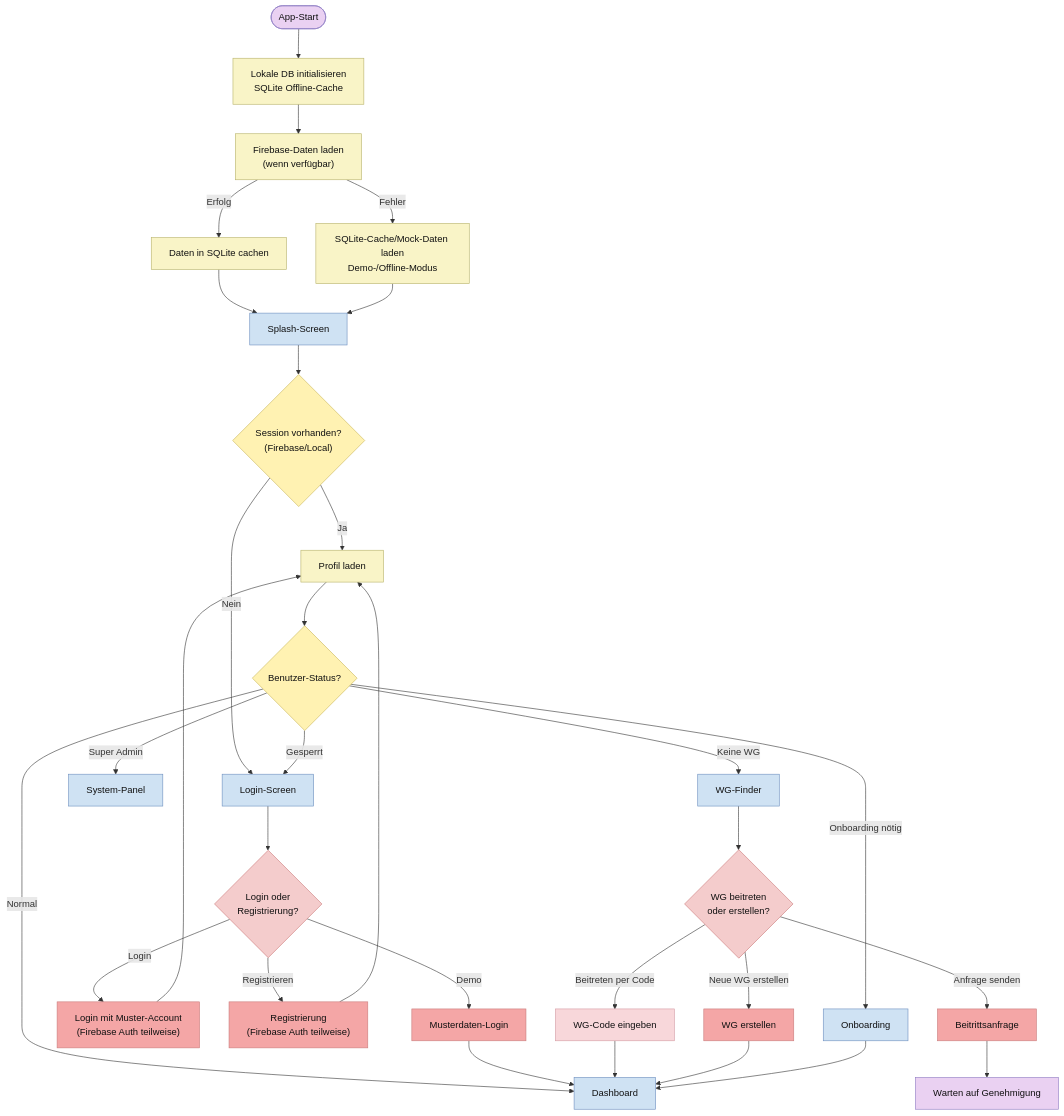
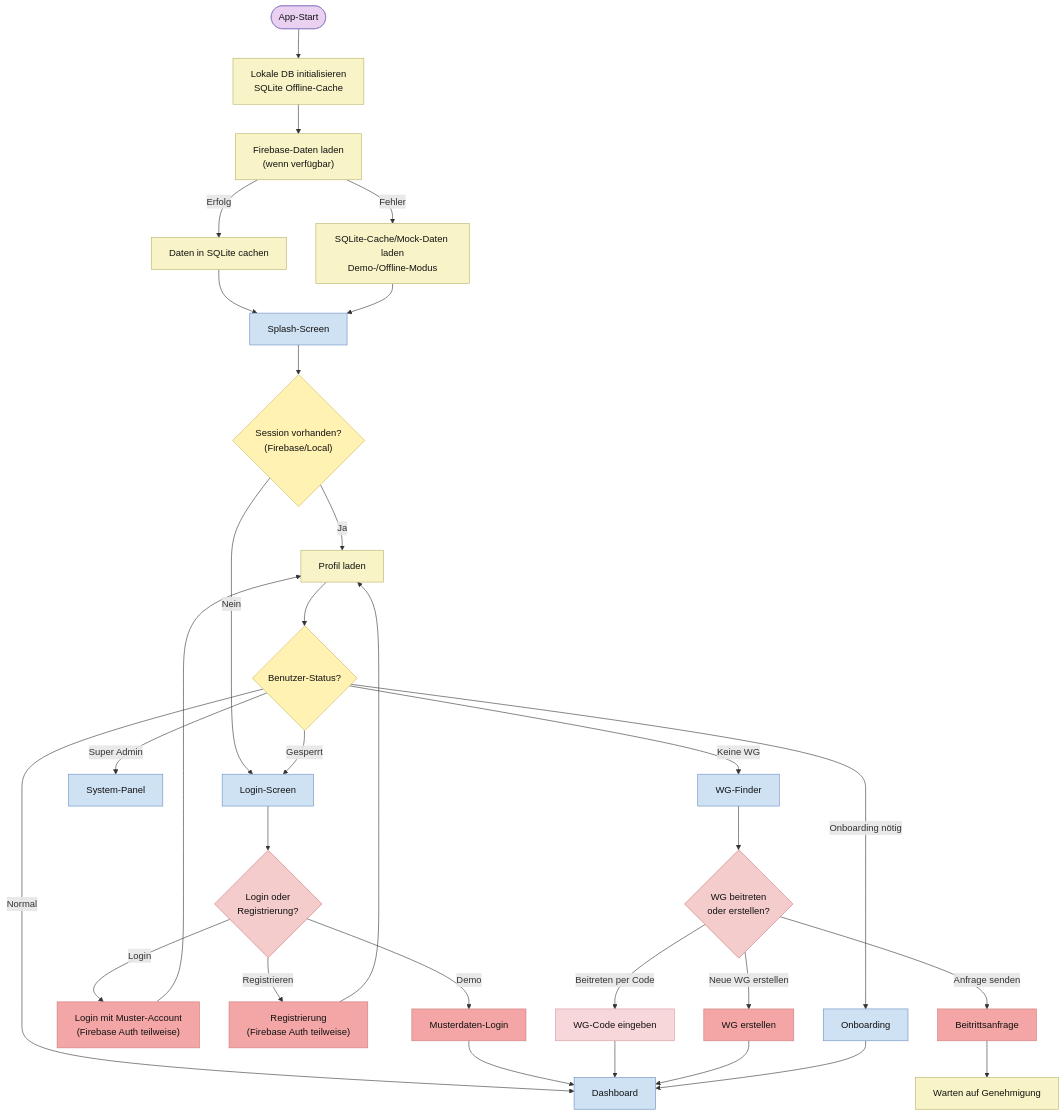
One commit to Nejy190501/WGManager changed the second of 45 diagrams in ABLAUFDIAGRAMM.md. Above: the diagram before and after it, drawn with Mermaid. The commit also changed other lines of this file, not shown here.

````diff
--- a/ABLAUFDIAGRAMM.md
+++ b/ABLAUFDIAGRAMM.md
@@ -55,49 +55,49 @@
 ```mermaid
 flowchart TD
     A(["App-Start"]) --> B["Lokale DB initialisieren<br/>SQLite Offline-Cache"]
     B --> C["Firebase-Daten laden<br/>(wenn verfügbar)"]
     C -->|Erfolg| D["Daten in SQLite cachen"]
     C -->|Fehler| E["SQLite-Cache/Mock-Daten laden<br/>Demo-/Offline-Modus"]
     D --> F["Splash-Screen"]
     E --> F
     F --> G{"Session vorhanden?<br/>(Firebase/Local)"}
     G -->|Ja| H["Profil laden"]
     G -->|Nein| I["Login-Screen"]
     H --> J{"Benutzer-Status?"}
     J -->|Gesperrt| I
     J -->|Super Admin| K["System-Panel"]
     J -->|Keine WG| L["WG-Finder"]
     J -->|Onboarding nötig| M["Onboarding"]
     J -->|Normal| N["Dashboard"]
     I --> O{"Login oder<br/>Registrierung?"}
     O -->|Login| P["Login mit Muster-Account<br/>(Firebase Auth teilweise)"]
     O -->|Registrieren| Q["Registrierung<br/>(Firebase Auth teilweise)"]
     O -->|Demo| R["Musterdaten-Login"]
     P --> H
     Q --> H
     R --> N
     L --> S{"WG beitreten<br/>oder erstellen?"}
     S -->|Beitreten per Code| T["WG-Code eingeben"]
     S -->|Anfrage senden| U["Beitrittsanfrage"]
     S -->|Neue WG erstellen| V["WG erstellen"]
     T --> N
     U --> W["Warten auf Genehmigung"]
     V --> N
     M --> N
 
     classDef userAction fill:#ead1f2,stroke:#8e7cc3,color:#111;
     classDef systemAction fill:#f9f4c7,stroke:#b7b26a,color:#111;
     classDef userDecision fill:#f4cccc,stroke:#cc7a7a,color:#111;
     classDef systemDecision fill:#fff2b2,stroke:#c9b458,color:#111;
     classDef button fill:#f4a6a6,stroke:#c97b7b,color:#111;
     classDef userInput fill:#f8d7da,stroke:#d49aa2,color:#111;
     classDef screen fill:#cfe2f3,stroke:#6c8ebf,color:#111;
 
-    class A,W userAction;
-    class B,C,D,E,H systemAction;
+    class A userAction;
+    class B,C,D,E,H,W systemAction;
     class O,S userDecision;
     class G,J systemDecision;
     class P,Q,R,U,V button;
     class T userInput;
     class F,I,K,L,M,N screen;
 ```
````
